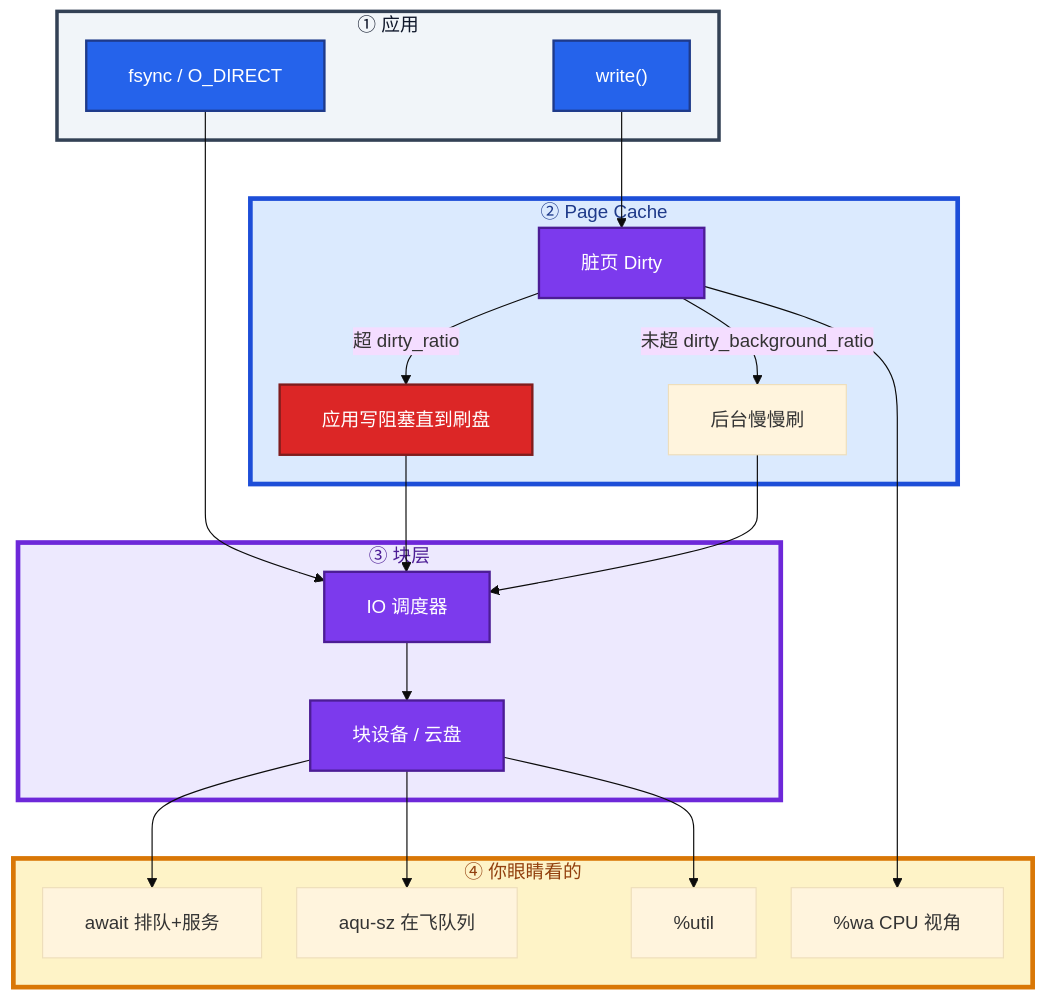
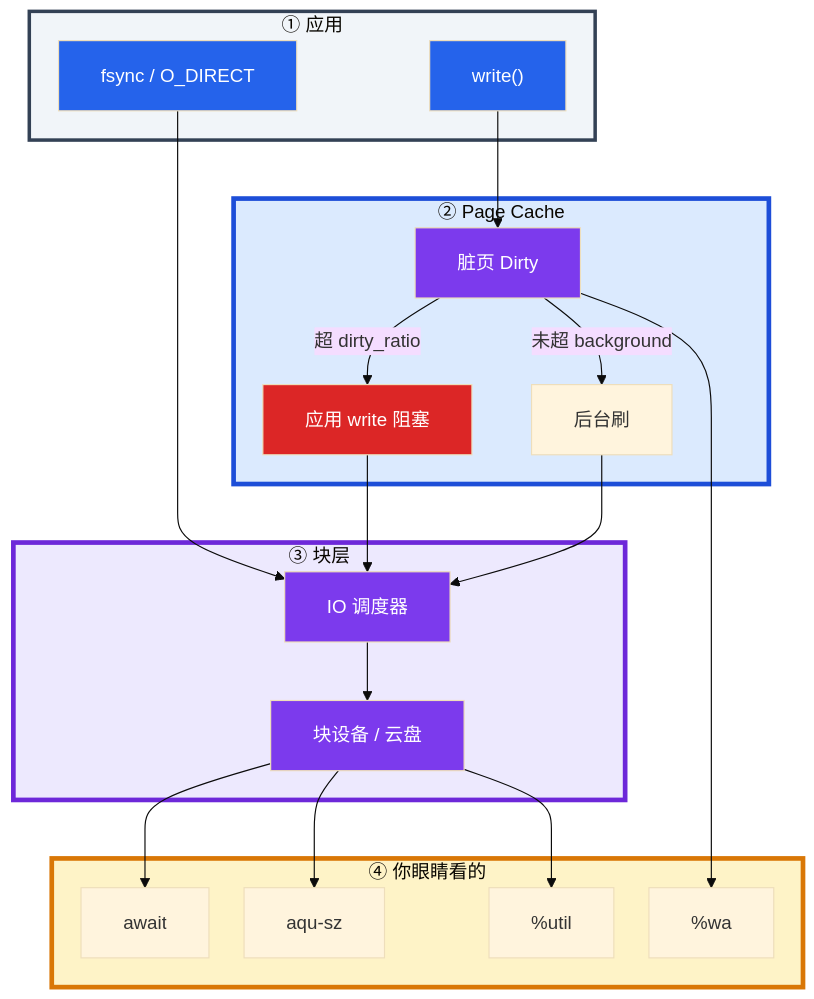
The second of 6 diagrams in 02-基础底座/05-磁盘与IO/知识点.md (ml-cuizijun/LearnToLilith), drawn with Mermaid before and after one commit. The commit also changed other lines of this file and 213 other files, not shown here.

````diff
--- a/02-基础底座/05-磁盘与IO/知识点.md
+++ b/02-基础底座/05-磁盘与IO/知识点.md
@@ -72,48 +60,42 @@
 ```mermaid
 %%{init: {"flowchart": {"padding": 18, "nodeSpacing": 30, "rankSpacing": 50}, "theme": "base"}}%%
 flowchart TB
     subgraph app ["① 应用"]
         w["write()"]
         fs[fsync / O_DIRECT]
     end
 
     subgraph cache ["② Page Cache"]
         dirty[脏页 Dirty]
         w --> dirty
-        dirty -->|未超 dirty_background_ratio| bg[后台慢慢刷]
-        dirty -->|超 dirty_ratio| blk[应用写阻塞直到刷盘]
+        dirty -->|未超 background| bg[后台刷]
+        dirty -->|超 dirty_ratio| blk[应用 write 阻塞]
     end
 
     subgraph blkdev ["③ 块层"]
-        sched[IO 调度器]
-        dev[块设备 / 云盘]
-        sched --> dev
-        bg --> sched
-        blk --> sched
-        fs --> sched
+        sched[IO 调度器] --> dev[块设备 / 云盘]
+        bg & blk & fs --> sched
     end
 
     subgraph metrics ["④ 你眼睛看的"]
-        awaitN[await 排队+服务]
-        aq[aqu-sz 在飞队列]
+        awaitN[await]
+        aq[aqu-sz]
         util["%util"]
-        wa["%wa CPU 视角"]
+        wa["%wa"]
     end
 
-    dev --> awaitN
-    dev --> aq
-    dev --> util
+    dev --> awaitN & aq & util
     dirty --> wa
 
-    classDef a fill:#2563EB,stroke:#1E3A8A,stroke-width:2px,color:#fff
-    classDef b fill:#7C3AED,stroke:#4C1D95,stroke-width:2px,color:#fff
-    classDef c fill:#DC2626,stroke:#7F1D1D,stroke-width:2px,color:#fff
+    classDef a fill:#2563EB,color:#fff
+    classDef b fill:#7C3AED,color:#fff
+    classDef c fill:#DC2626,color:#fff
     class w,fs a
     class dirty,sched,dev b
     class blk c
 
-    style app fill:#F1F5F9,stroke:#334155,stroke-width:3px,color:#0F172A
-    style cache fill:#DBEAFE,stroke:#1D4ED8,stroke-width:4px,color:#1E3A8A
-    style blkdev fill:#EDE9FE,stroke:#6D28D9,stroke-width:4px,color:#4C1D95
-    style metrics fill:#FEF3C7,stroke:#D97706,stroke-width:4px,color:#92400E
+    style app fill:#F1F5F9,stroke:#334155,stroke-width:3px
+    style cache fill:#DBEAFE,stroke:#1D4ED8,stroke-width:4px
+    style blkdev fill:#EDE9FE,stroke:#6D28D9,stroke-width:4px
+    style metrics fill:#FEF3C7,stroke:#D97706,stroke-width:4px
 ```
````
